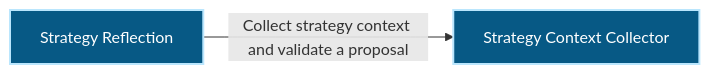
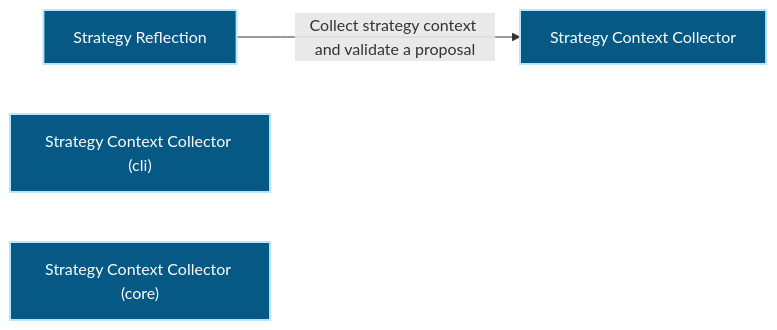
One commit to Ancienttwo/repo-harness changed the first of 2 diagrams in docs/architecture/modules/public-surface/strategy-reflection.md. Above: the diagram before and after it, drawn with Mermaid. The commit also changed other lines of this file and 32 other files, not shown here.

First line of the commit message:
chore(projection): refresh generated architecture outputs for main@4c37d26d25c7

````diff
--- a/docs/architecture/modules/public-surface/strategy-reflection.md
+++ b/docs/architecture/modules/public-surface/strategy-reflection.md
@@ -16,10 +16,12 @@
 ```mermaid
 flowchart LR
   p1_capability_public_surface_strategy_reflection_a8519b3d["Strategy Reflection"]:::component
   p1_component_strategy_reflection_primary_80a43936["Strategy Context Collector"]:::component
+  p1_component_strategy_reflection_primary_cli_fba2a2af["Strategy Context Collector (cli)"]:::component
+  p1_component_strategy_reflection_primary_core_eb76469b["Strategy Context Collector (core)"]:::component
   p1_capability_public_surface_strategy_reflection_a8519b3d -->|"Collect strategy context and validate a proposal"| p1_component_strategy_reflection_primary_80a43936
   classDef actor fill:#111827,color:#ffffff,stroke:#f9fafb,stroke-width:2px
   classDef component fill:#075985,color:#ffffff,stroke:#bae6fd,stroke-width:2px
   classDef datastore fill:#3f6212,color:#ffffff,stroke:#d9f99d,stroke-width:2px
   classDef external fill:#7c2d12,color:#ffffff,stroke:#fed7aa,stroke-width:2px
 ```
````
